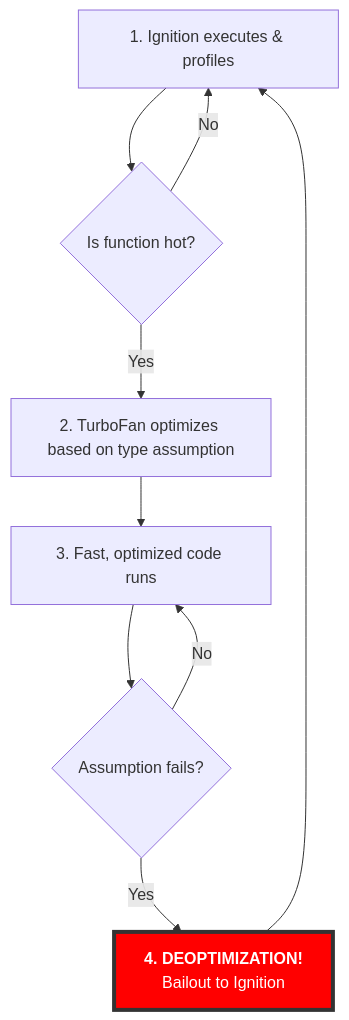
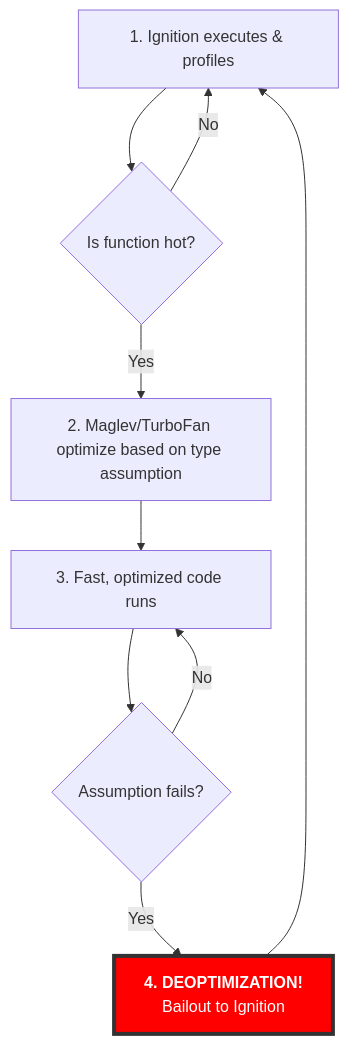
One commit to ishtms/nodebook changed the eighth of 14 diagrams in src/content/node-arch/v8-engine-intro.md. Above: the diagram before and after it, drawn with Mermaid. The commit also changed other lines of this file and 6 other files, not shown here.

````diff
--- a/src/content/node-arch/v8-engine-intro.md
+++ b/src/content/node-arch/v8-engine-intro.md
@@ -504,13 +555,13 @@
 ```mermaid
 graph TD
     A[1. Ignition executes & profiles] --> B{Is function hot?};
     B -- No --> A;
-    B -- Yes --> C[2. TurboFan optimizes based on type assumption];
+    B -- Yes --> C[2. Maglev/TurboFan optimize based on type assumption];
     C --> D[3. Fast, optimized code runs];
     D --> E{Assumption fails?};
     E -- No --> D;
     E -- Yes --> F["<b>4. DEOPTIMIZATION!</b><br/>Bailout to Ignition"];
     F --> A;
 
     style F fill:#f00,stroke:#333,stroke-width:4px,color:#fff
 ```
````
